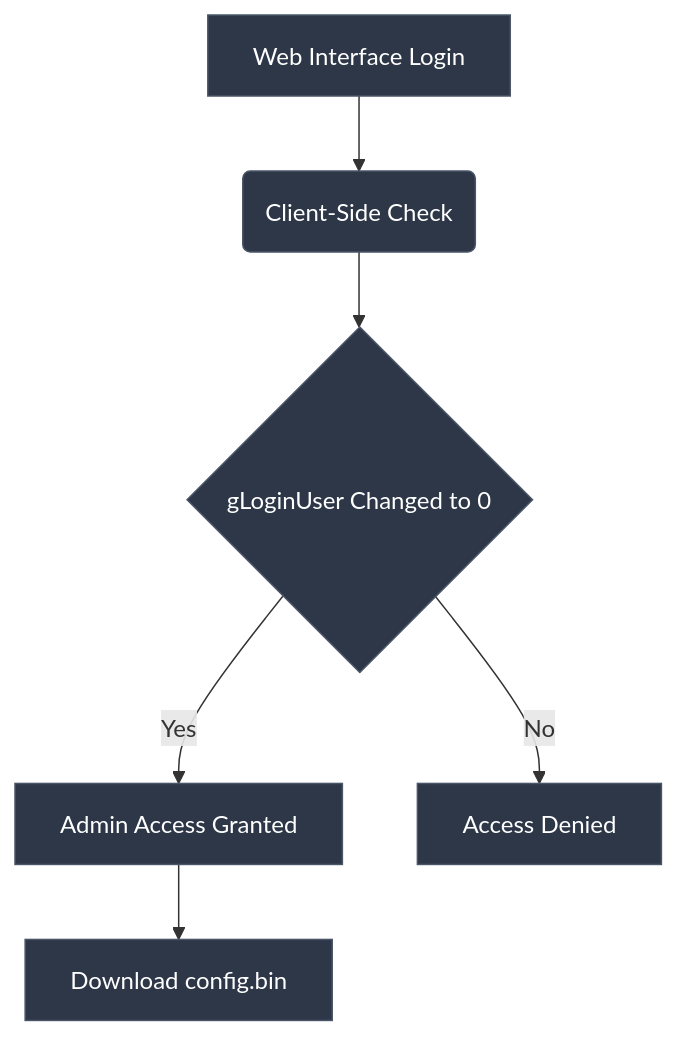
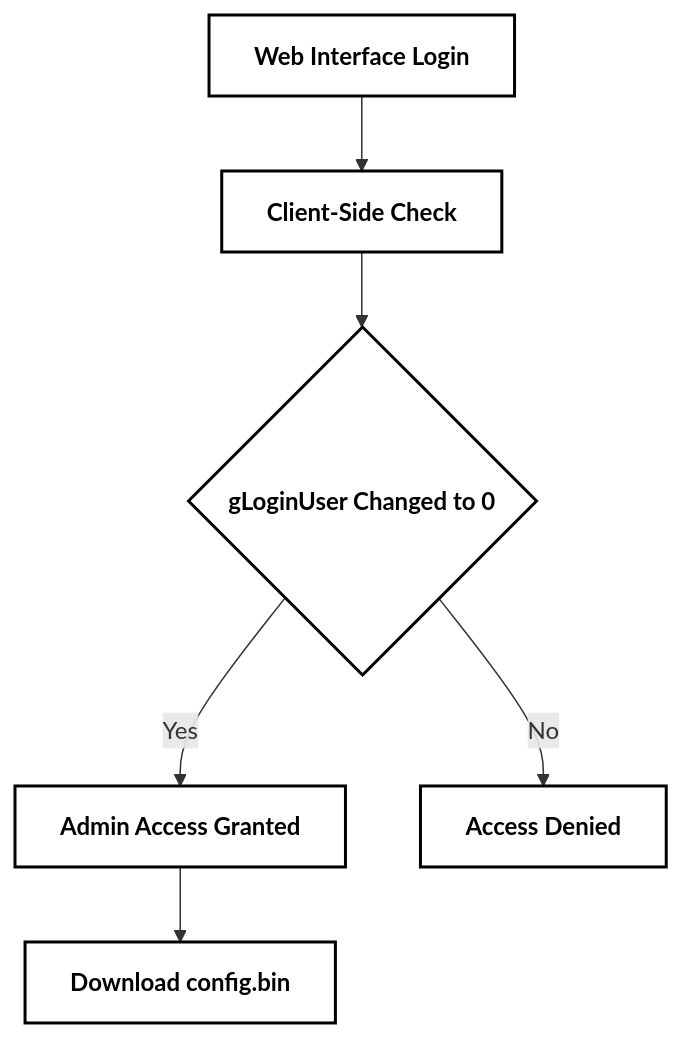
The diagram in README.md (boutaba-motezeballah/fiberhome-privesc-0day), drawn with Mermaid before and after one commit.

````diff
--- a/README.md
+++ b/README.md
@@ -19,15 +19,15 @@
 ```mermaid
 graph TD
-    A[Web Interface Login] --> B(Client-Side Check)
-    B --> C{gLoginUser Changed to 0}
-    C -->|Yes| D[Admin Access Granted]
-    C -->|No| E[Access Denied]
-    D --> F[Download config.bin]
+    A["<b style='color:#000000'>Web Interface Login</b>"] --> B["<b style='color:#000000'>Client-Side Check</b>"]
+    B --> C{"<b style='color:#000000'>gLoginUser Changed to 0</b>"}
+    C -->|Yes| D["<b style='color:#000000'>Admin Access Granted</b>"]
+    C -->|No| E["<b style='color:#000000'>Access Denied</b>"]
+    D --> F["<b style='color:#000000'>Download config.bin</b>"]
 
-    style A fill:#2d3748,stroke:#4a5568,color:#ffffff
-    style B fill:#2d3748,stroke:#4a5568,color:#ffffff
-    style C fill:#2d3748,stroke:#4a5568,color:#ffffff
-    style D fill:#2d3748,stroke:#4a5568,color:#ffffff
-    style E fill:#2d3748,stroke:#4a5568,color:#ffffff
-    style F fill:#2d3748,stroke:#4a5568,color:#ffffff
+    style A fill:#ffffff,stroke:#000000,stroke-width:2px
+    style B fill:#ffffff,stroke:#000000,stroke-width:2px
+    style C fill:#ffffff,stroke:#000000,stroke-width:2px
+    style D fill:#ffffff,stroke:#000000,stroke-width:2px
+    style E fill:#ffffff,stroke:#000000,stroke-width:2px
+    style F fill:#ffffff,stroke:#000000,stroke-width:2px
 ```
````
